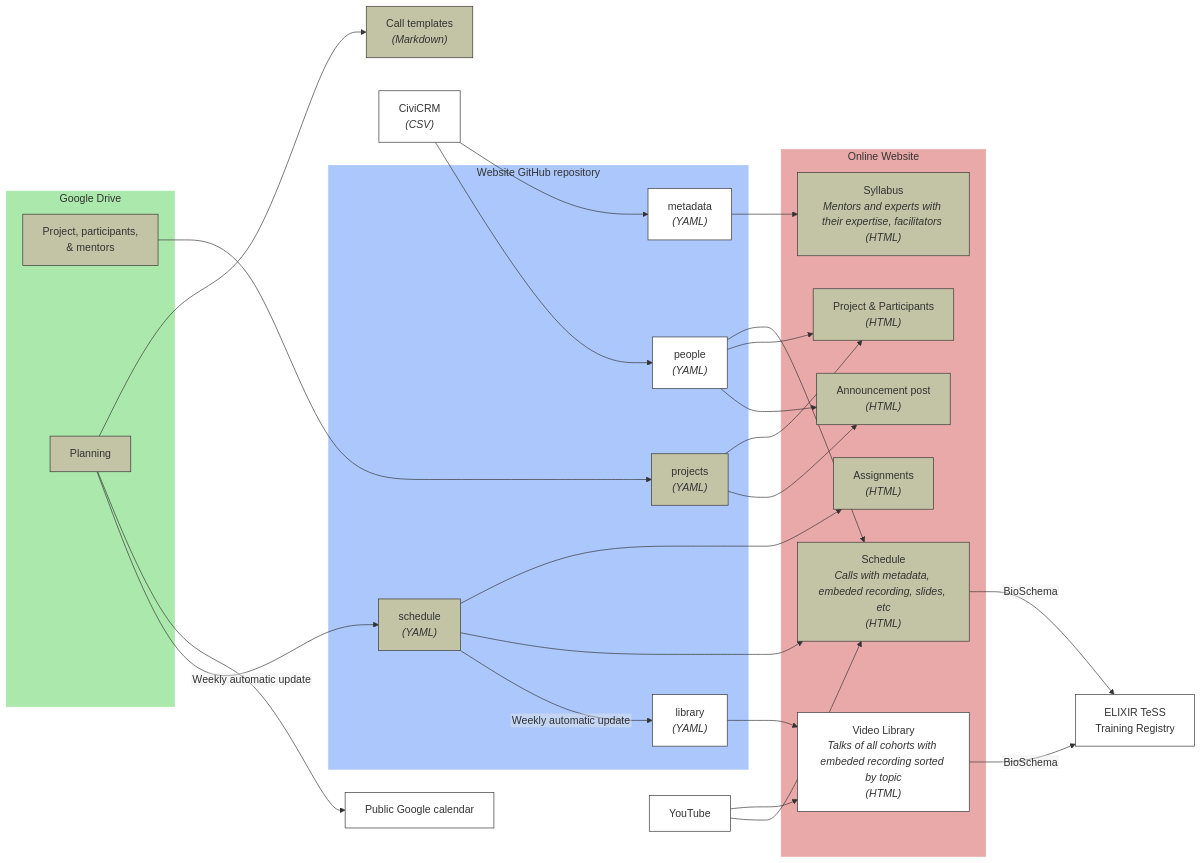
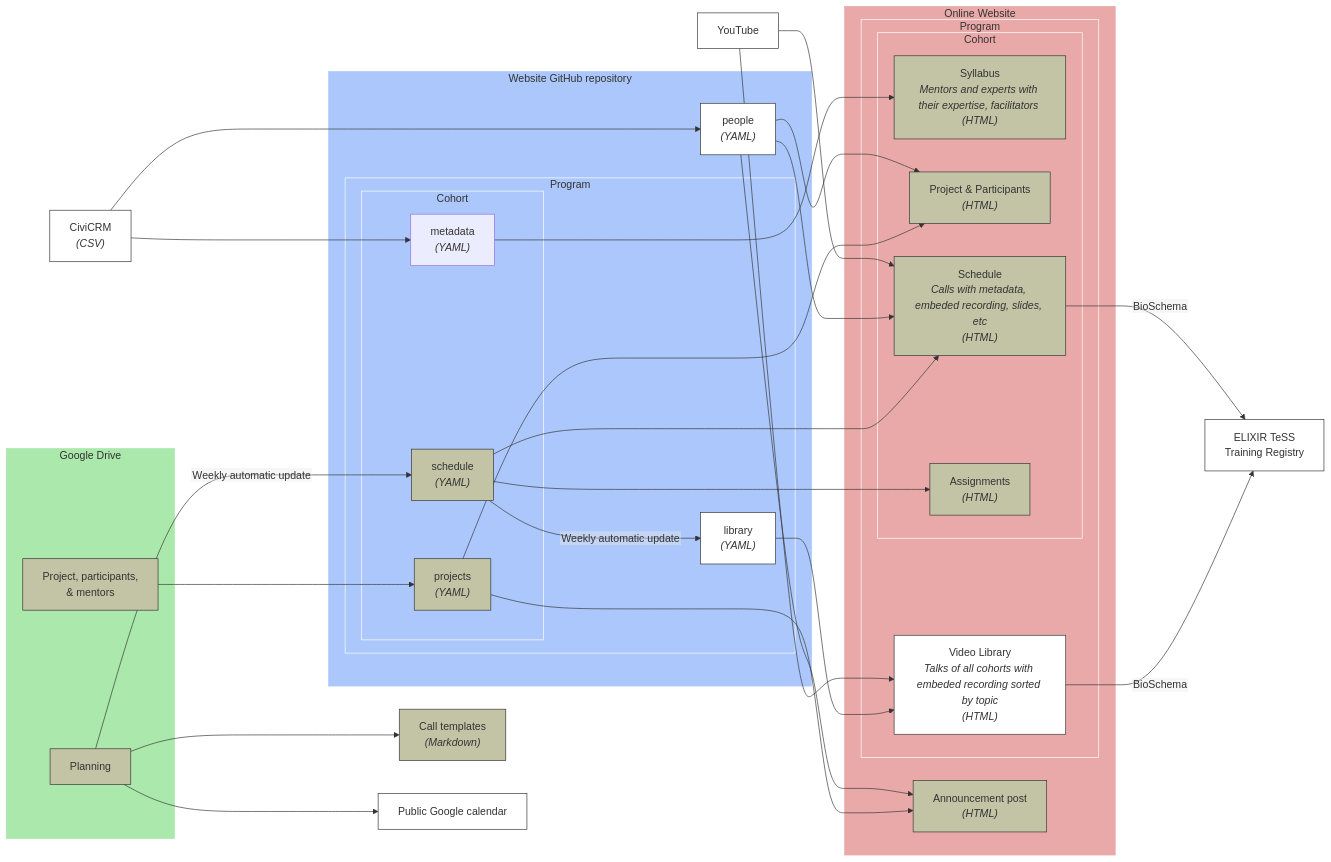
One commit to open-life-science/open-life-science.github.io changed the third of 4 diagrams in knowledge_management.md. Above: the diagram before and after it, drawn with Mermaid. The commit also changed other lines of this file and 7 other files, not shown here.

```diff
--- a/knowledge_management.md
+++ b/knowledge_management.md
@@ -212,33 +212,45 @@
     subgraph github["Website GitHub repository"]
         peopleYAML["`people 
         *(YAML)*`"]:::nonCohort
-        projectYAML["`projects 
-        *(YAML)*`"]:::cohort
-        scheduleYAML["`schedule 
-        *(YAML)*`"]:::cohort
-        metadataYAML["`metadata 
-        *(YAML)*`"]:::nonCohort
-        libraryYAML["`library 
-        *(YAML)*`"]:::nonCohort
+        subgraph githubProgram["Program"]
+            libraryYAML["`library 
+            *(YAML)*`"]:::nonCohort
+            subgraph githubCohort["Cohort"]
+                projectYAML["`projects 
+                *(YAML)*`"]:::cohort
+                scheduleYAML["`schedule 
+                *(YAML)*`"]:::cohort
+                metadataYAML["`metadata 
+                *(YAML)*`"]:::Cohort
+            end
+            style githubCohort fill:#abc7fb,stroke:#fff
+        end
+        style githubProgram fill:#abc7fb,stroke:#fff
     end
     style github fill:#abc7fb,stroke:#abc7fb
 
     subgraph website["Online Website"]
         postHTML["`Announcement post
         *(HTML)*`"]:::cohort
-        syllabusHTML["`Syllabus
-        _Mentors and experts with their expertise, facilitators_ 
-        *(HTML)*`"]:::cohort
-        projectHTML["`Project & Participants
-        *(HTML)*`"]:::cohort
-        scheduleHTML["`Schedule
-        _Calls with metadata, embeded recording, slides, etc_
-        *(HTML)*`"]:::cohort
-        assignmentHTML["`Assignments
-        *(HTML)*`"]:::cohort
-        libraryHTML["`Video Library
-        _Talks of all cohorts with embeded recording sorted by topic_
-        *(HTML)*`"]:::nonCohort
+        subgraph websiteProgram["Program"]
+            libraryHTML["`Video Library
+            _Talks of all cohorts with embeded recording sorted by topic_
+            *(HTML)*`"]:::nonCohort
+            subgraph websiteCohort["Cohort"]
+                syllabusHTML["`Syllabus
+                _Mentors and experts with their expertise, facilitators_ 
+                *(HTML)*`"]:::cohort
+                projectHTML["`Project & Participants
+                *(HTML)*`"]:::cohort
+                scheduleHTML["`Schedule
+                _Calls with metadata, embeded recording, slides, etc_
+                *(HTML)*`"]:::cohort
+                assignmentHTML["`Assignments
+                *(HTML)*`"]:::cohort
+            end
+            style websiteCohort fill:#eaa9a9,stroke:#fff
+        end
+        style websiteProgram fill:#eaa9a9,stroke:#fff
     end
     style website fill:#eaa9a9,stroke:#eaa9a9
 
```
